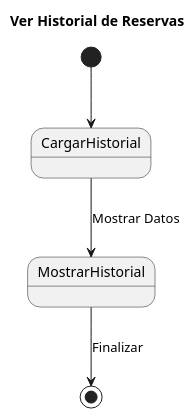
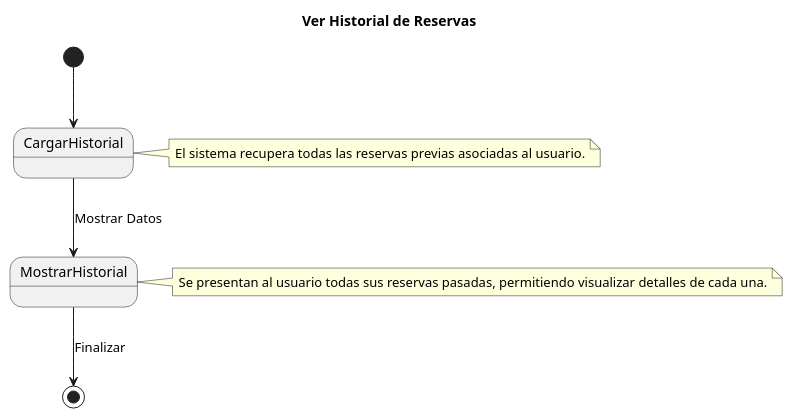
One commit to pablarce/23-24-IdSw1-SDR changed the diagram in CasosDeUso/CduDetallados/CduReserva/VerHistorialDeReservas.puml. Above: the diagram before and after it, drawn with PlantUML.

Commit message:
Se le agregan notas al CDU de VerHistorialDeReservas

```diff
--- a/CasosDeUso/CduDetallados/CduReserva/VerHistorialDeReservas.puml
+++ b/CasosDeUso/CduDetallados/CduReserva/VerHistorialDeReservas.puml
@@ -1,8 +1,16 @@
 @startuml
 title Ver Historial de Reservas
 
 [*] --> CargarHistorial
+note right of CargarHistorial
+ El sistema recupera todas las reservas previas asociadas al usuario.
+end note
+
 CargarHistorial --> MostrarHistorial : Mostrar Datos
+note right of MostrarHistorial
+ Se presentan al usuario todas sus reservas pasadas, permitiendo visualizar detalles de cada una.
+end note
+
 MostrarHistorial --> [*] : Finalizar
 
 @enduml
```
